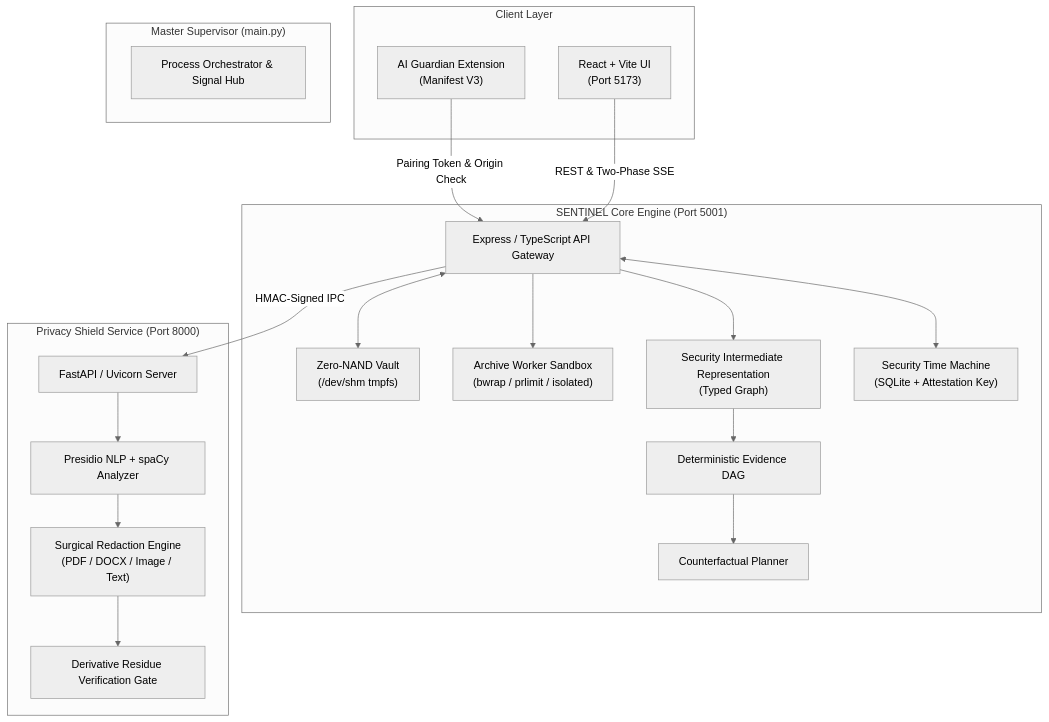
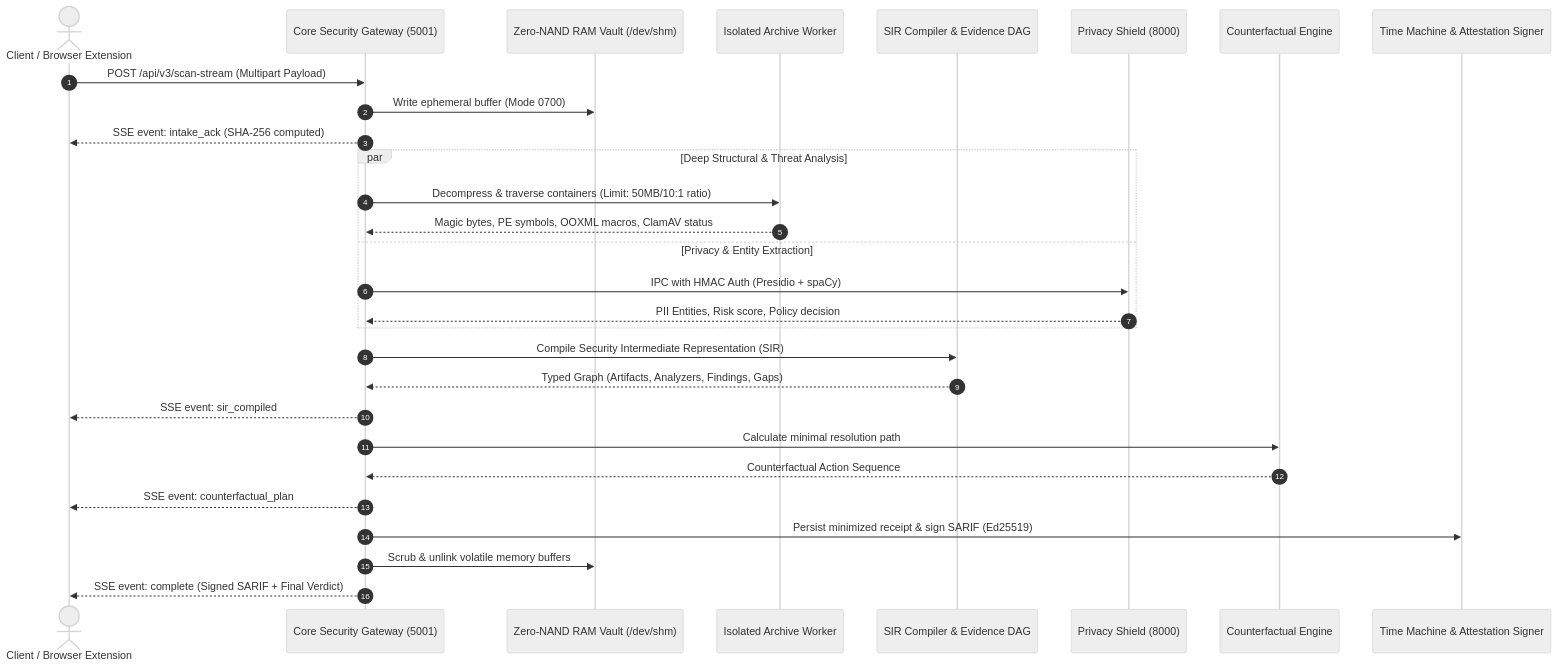
One commit to Aviralgit1212/SENTINEL changed the diagram in README.md. Above: the diagram before and after it, drawn with Mermaid (neutral theme). The commit also changed other lines of this file, not shown here.

Commit message:
docs(readme): overhaul README with ASCII banners, sequence diagrams, and exhaustive API reference

````diff
--- a/README.md
+++ b/README.md
@@ -59,37 +94,36 @@
 ```mermaid
-flowchart TD
-    subgraph Client ["Client Layer"]
-        UI["React + Vite UI\n(Port 5173)"]
-        Ext["AI Guardian Extension\n(Manifest V3)"]
+sequenceDiagram
+    autonumber
+    actor User as Client / Browser Extension
+    participant API as Core Security Gateway (5001)
+    participant Vault as Zero-NAND RAM Vault (/dev/shm)
+    participant Worker as Isolated Archive Worker
+    participant SIR as SIR Compiler & Evidence DAG
+    participant Privacy as Privacy Shield (8000)
+    participant Planner as Counterfactual Engine
+    participant STM as Time Machine & Attestation Signer
+
+    User->>API: POST /api/v3/scan-stream (Multipart Payload)
+    API->>Vault: Write ephemeral buffer (Mode 0700)
+    API-->>User: SSE event: intake_ack (SHA-256 computed)
+    
+    par Deep Structural & Threat Analysis
+        API->>Worker: Decompress & traverse containers (Limit: 50MB/10:1 ratio)
+        Worker-->>API: Magic bytes, PE symbols, OOXML macros, ClamAV status
+    and Privacy & Entity Extraction
+        API->>Privacy: IPC with HMAC Auth (Presidio + spaCy)
+        Privacy-->>API: PII Entities, Risk score, Policy decision
     end
 
-    subgraph Supervisor ["Master Supervisor (main.py)"]
-        PySup["Process Orchestrator & Signal Hub"]
-    end
+    API->>SIR: Compile Security Intermediate Representation (SIR)
+    SIR-->>API: Typed Graph (Artifacts, Analyzers, Findings, Gaps)
+    API-->>User: SSE event: sir_compiled
 
-    subgraph Backend ["SENTINEL Core Engine (Port 5001)"]
-        API["Express / TypeScript API Gateway"]
-        Vault["Zero-NAND Vault\n(/dev/shm tmpfs)"]
-        Worker["Archive Worker Sandbox\n(bwrap / prlimit / isolated)"]
-        SIR["Security Intermediate Representation\n(Typed Graph)"]
-        DAG["Deterministic Evidence DAG"]
-        Planner["Counterfactual Planner"]
-        STM["Security Time Machine\n(SQLite + Attestation Key)"]
-    end
+    API->>Planner: Calculate minimal resolution path
+    Planner-->>API: Counterfactual Action Sequence
+    API-->>User: SSE event: counterfactual_plan
 
-    subgraph PrivacyShield ["Privacy Shield Service (Port 8000)"]
-        FastAPI["FastAPI / Uvicorn Server"]
-        Presidio["Presidio NLP + spaCy Analyzer"]
-        Redactor["Surgical Redaction Engine\n(PDF / DOCX / Image / Text)"]
-        Residue["Derivative Residue Verification Gate"]
-    end
-
-    Ext -- "Pairing Token & Origin Check" --> API
-    UI -- "REST & Two-Phase SSE" --> API
-    API <--> Vault
-    API --> Worker
-    API --> SIR --> DAG --> Planner
-    API <--> STM
-    API -- "HMAC-Signed IPC" --> FastAPI
-    FastAPI --> Presidio --> Redactor --> Residue
+    API->>STM: Persist minimized receipt & sign SARIF (Ed25519)
+    API->>Vault: Scrub & unlink volatile memory buffers
+    API-->>User: SSE event: complete (Signed SARIF + Final Verdict)
 ```
````
